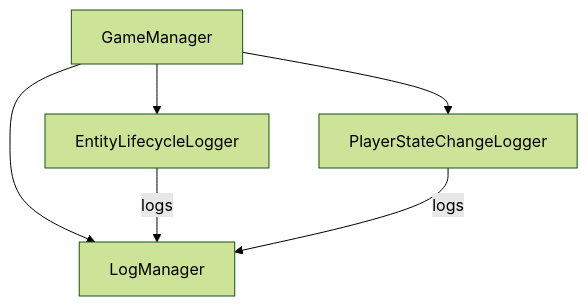
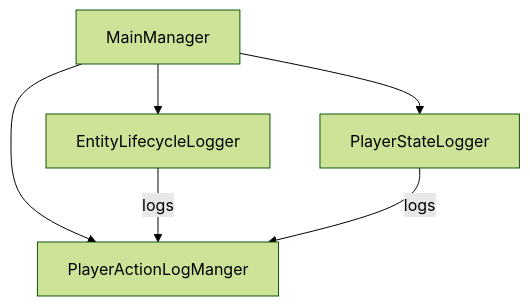
The diagram in plans/2025-04-15-entity-player-state-logger.md (terao-ryohei/MC-Action-Logger), drawn with Mermaid (forest theme) before and after one commit. The commit also changed other lines of this file and 30 other files, not shown here.

````diff
--- a/plans/2025-04-15-entity-player-state-logger.md
+++ b/plans/2025-04-15-entity-player-state-logger.md
@@ -21,8 +21,8 @@
 ```mermaid
 graph TD
-    GameManager --> LogManager
-    GameManager --> EntityLifecycleLogger
-    GameManager --> PlayerStateChangeLogger
-    EntityLifecycleLogger -- logs --> LogManager
-    PlayerStateChangeLogger -- logs --> LogManager
+    MainManager --> PlayerActionLogManger
+    MainManager --> EntityLifecycleLogger
+    MainManager --> PlayerStateLogger
+    EntityLifecycleLogger -- logs --> PlayerActionLogManger
+    PlayerStateLogger -- logs --> PlayerActionLogManger
 ```
````
